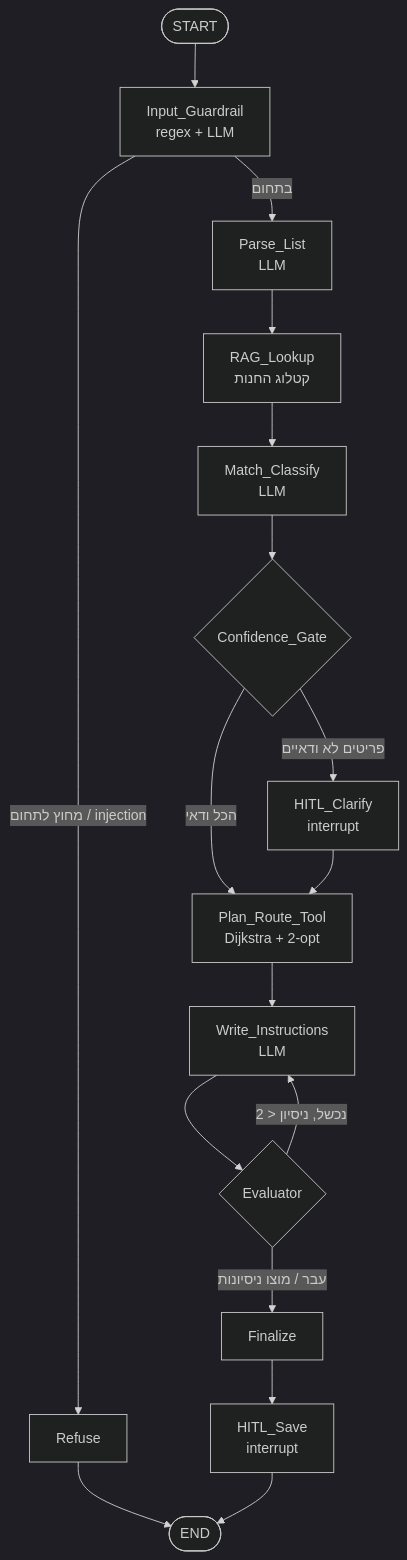
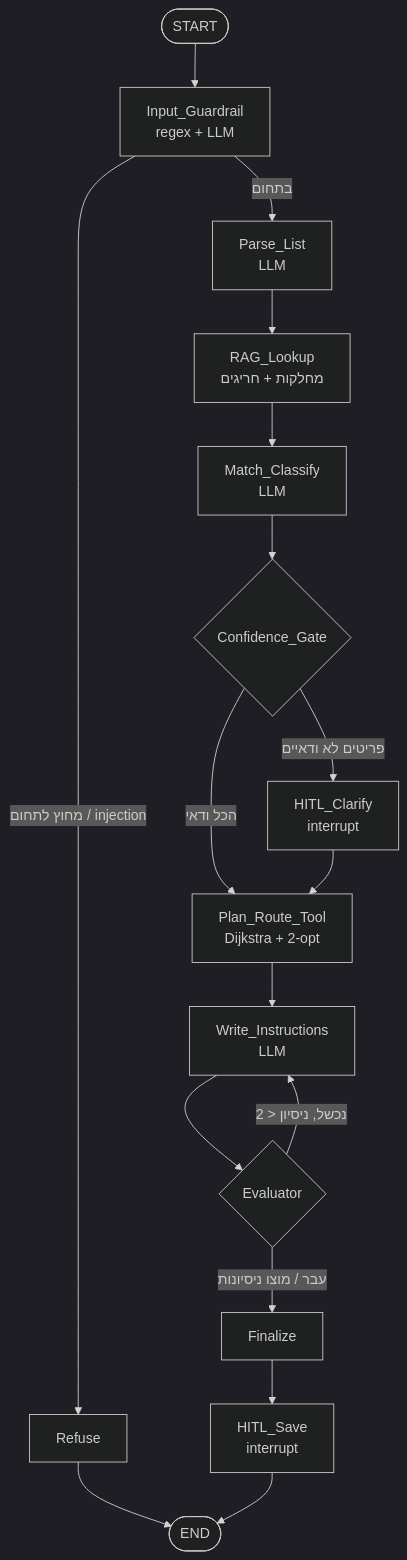
One commit to EDaitsh/grocery-route-agent changed the diagram in README.md. Above: the diagram before and after it, drawn with Mermaid (dark theme). The commit also changed other lines of this file and 20 other files, not shown here.

````diff
--- a/README.md
+++ b/README.md
@@ -27,17 +30,17 @@
 ```mermaid
 flowchart TD
     S([START]) --> G[Input_Guardrail<br/>regex + LLM]
     G -- מחוץ לתחום / injection --> R[Refuse] --> E([END])
     G -- בתחום --> P[Parse_List<br/>LLM]
-    P --> L[RAG_Lookup<br/>קטלוג החנות]
+    P --> L[RAG_Lookup<br/>מחלקות + חריגים]
     L --> M[Match_Classify<br/>LLM]
     M --> C{Confidence_Gate}
     C -- פריטים לא ודאיים --> H[HITL_Clarify<br/>interrupt]
     C -- הכל ודאי --> T[Plan_Route_Tool<br/>Dijkstra + 2-opt]
     H --> T
     T --> W[Write_Instructions<br/>LLM]
     W --> V{Evaluator}
     V -- נכשל, ניסיון < 2 --> W
     V -- עבר / מוצו ניסיונות --> F[Finalize]
     F --> SV[HITL_Save<br/>interrupt] --> E
 ```
````
